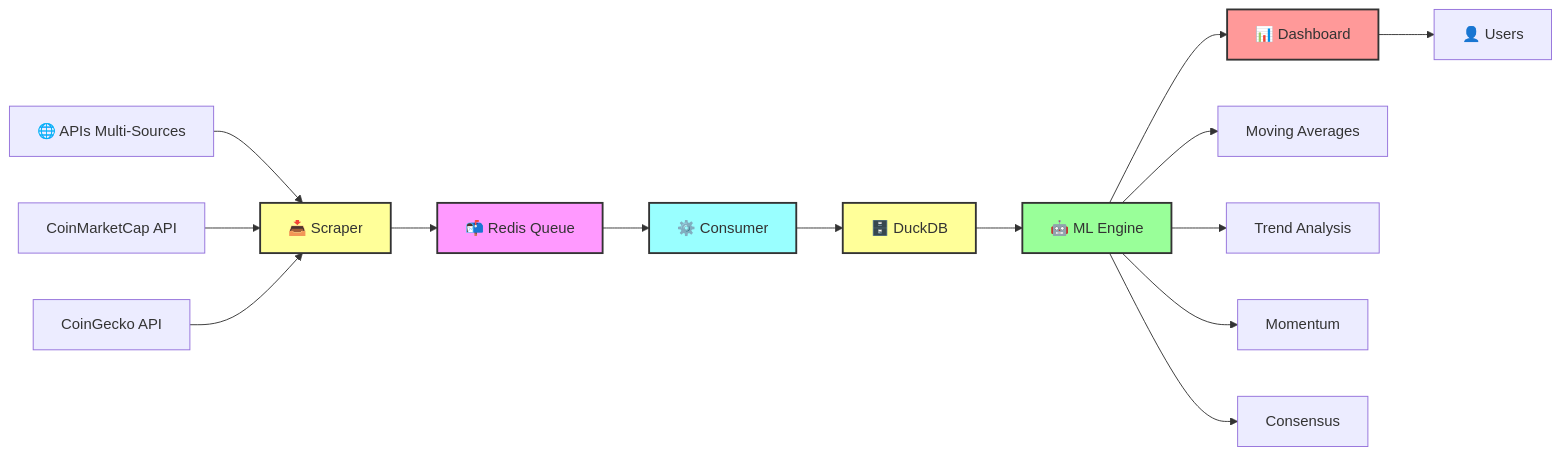
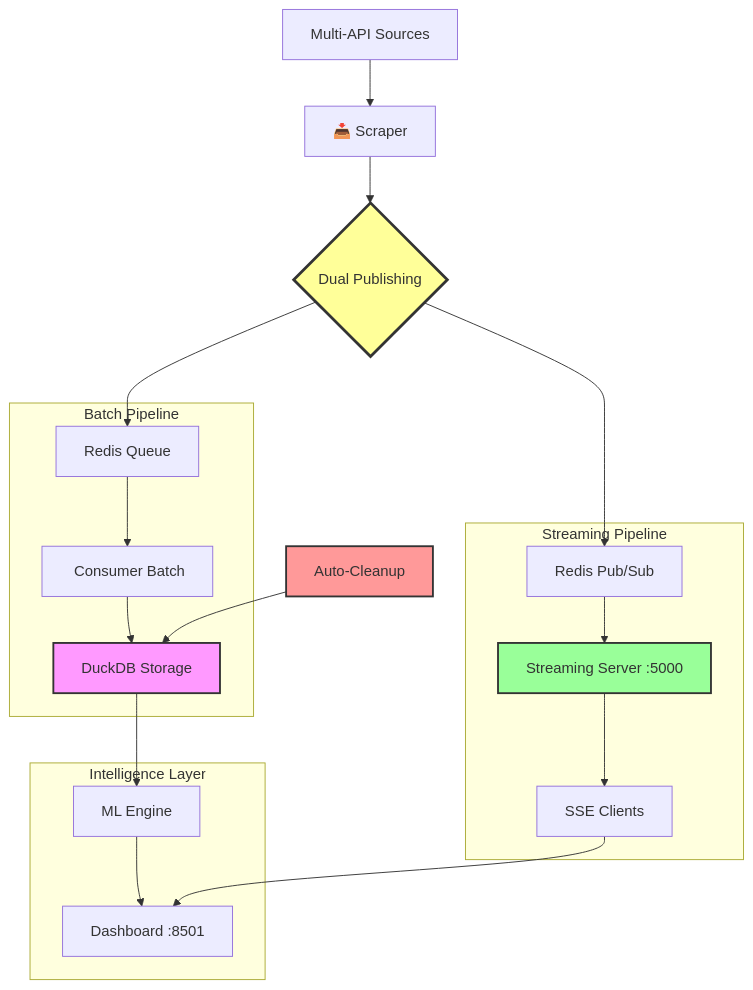
Before and after one commit to guarneriAnthony/crypto-viz: the diagram in README.md, drawn with Mermaid. The commit also changed other lines of this file, not shown here.

````diff
--- a/README.md
+++ b/README.md
@@ -26,25 +58,43 @@
 ```mermaid
-graph LR
-    A[🌐 APIs Multi-Sources] --> B[📥 Scraper]
-    B --> C[📬 Redis Queue]
-    C --> D[⚙️ Consumer]
-    D --> E[🗄️ DuckDB]
-    E --> F[🤖 ML Engine]
-    F --> G[📊 Dashboard]
-    G --> H[👤 Users]
+graph TB
+    A[ Multi-API Sources] --> B[📥 Scraper]
+    B --> C{ Dual Publishing}
     
-    A1[CoinMarketCap API] --> B
-    A2[CoinGecko API] --> B
+    C --> D1[ Redis Queue]
+    C --> D2[ Redis Pub/Sub]
     
-    F --> F1[Moving Averages]
-    F --> F2[Trend Analysis]
-    F --> F3[Momentum]
-    F --> F4[Consensus]
+    D1 --> E[️ Consumer Batch]
+    E --> F[ DuckDB Storage]
     
-    style B fill:#ff9,stroke:#333,stroke-width:2px
-    style C fill:#f9f,stroke:#333,stroke-width:2px  
-    style D fill:#9ff,stroke:#333,stroke-width:2px
-    style E fill:#ff9,stroke:#333,stroke-width:2px
-    style F fill:#9f9,stroke:#333,stroke-width:2px
-    style G fill:#f99,stroke:#333,stroke-width:2px
+    D2 --> G[ Streaming Server :5000]
+    G --> H[ SSE Clients]
+    
+    F --> I[ ML Engine]
+    I --> J[ Dashboard :8501]
+    
+    H --> J
+    
+    K[ Auto-Cleanup] --> F
+    
+    subgraph " Batch Pipeline"
+        D1
+        E
+        F
+    end
+    
+    subgraph " Streaming Pipeline"
+        D2
+        G
+        H
+    end
+    
+    subgraph " Intelligence Layer"
+        I
+        J
+    end
+    
+    style C fill:#ff9,stroke:#333,stroke-width:3px
+    style G fill:#9f9,stroke:#333,stroke-width:2px
+    style F fill:#f9f,stroke:#333,stroke-width:2px
+    style K fill:#f99,stroke:#333,stroke-width:2px
 ```
````
